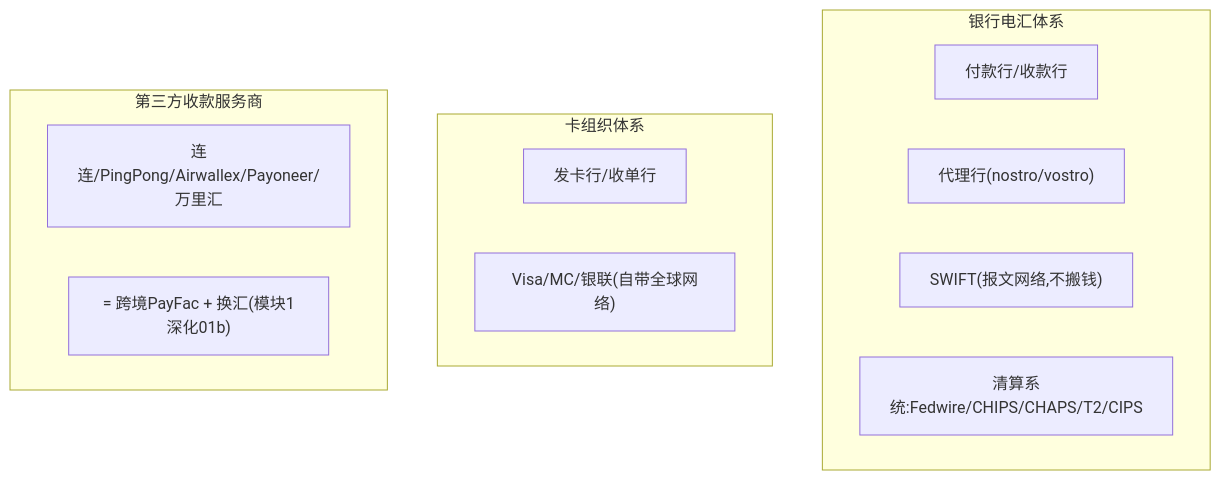
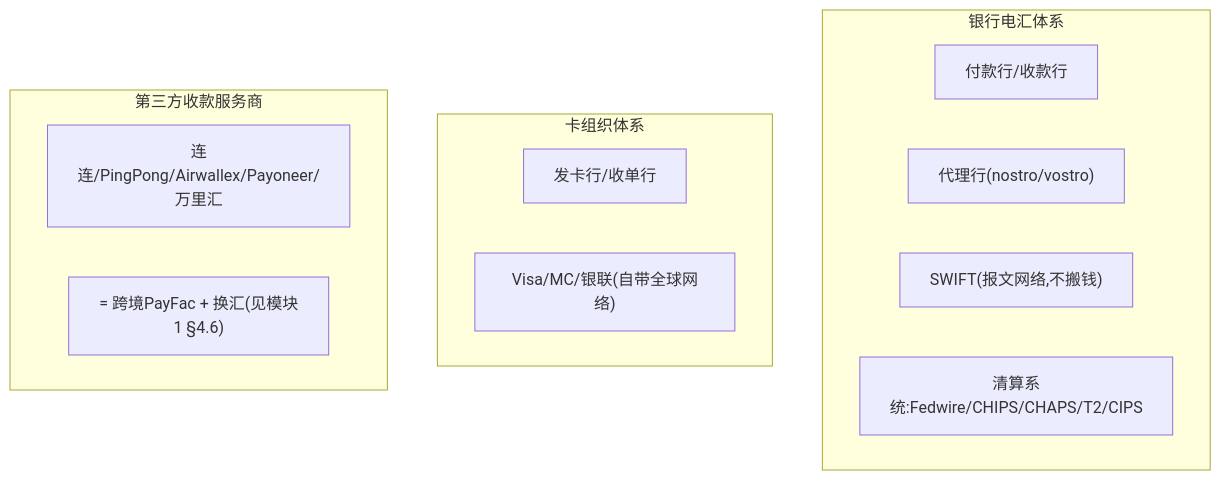
Before and after one commit to loong-ju/tech-research: the fourth of 6 diagrams in payment/traditional-payment/03-crossborder-business.md, drawn with Mermaid. The commit also changed other lines of this file and 1 other file, not shown here.

````diff
--- a/payment/traditional-payment/03-crossborder-business.md
+++ b/payment/traditional-payment/03-crossborder-business.md
@@ -91,17 +91,17 @@
 ```mermaid
 flowchart TB
     subgraph WIRE["银行电汇体系"]
         W1["付款行/收款行"]
         W2["代理行(nostro/vostro)"]
         W3["SWIFT(报文网络,不搬钱)"]
         W4["清算系统:Fedwire/CHIPS/CHAPS/T2/CIPS"]
     end
     subgraph CARD["卡组织体系"]
         C1["发卡行/收单行"]
         C2["Visa/MC/银联(自带全球网络)"]
     end
     subgraph PSP["第三方收款服务商"]
         P1["连连/PingPong/Airwallex/Payoneer/万里汇"]
-        P2["= 跨境PayFac + 换汇(模块1深化01b)"]
+        P2["= 跨境PayFac + 换汇(见模块1 §4.6)"]
     end
 ```
````
